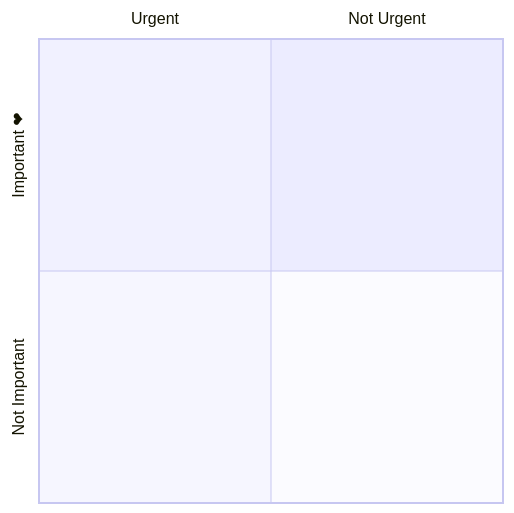
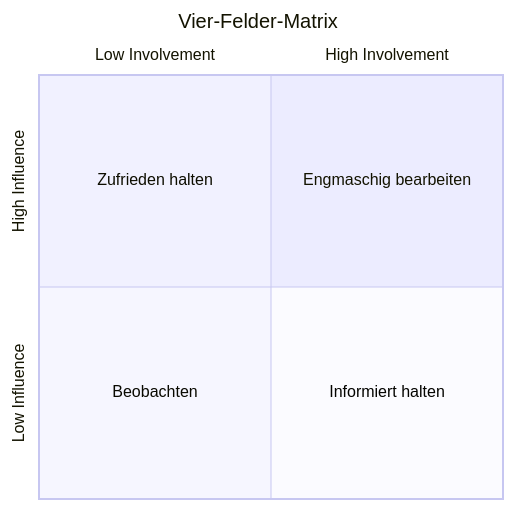
One commit to boddaert/snt changed the diagram in seconde/Réseaux sociaux/Reseaux_sociaux_existants.md. Above: the diagram before and after it, drawn with Mermaid.

````diff
--- a/seconde/Réseaux sociaux/Reseaux_sociaux_existants.md
+++ b/seconde/Réseaux sociaux/Reseaux_sociaux_existants.md
@@ -27,5 +27,10 @@
 ```mermaid
 quadrantChart
-  x-axis Urgent --> Not Urgent
-  y-axis Not Important --> "Important ❤"
+title Vier-Felder-Matrix
+x-axis Low Involvement --> High Involvement
+y-axis Low Influence --> High Influence
+quadrant-1 Engmaschig bearbeiten
+quadrant-2 Zufrieden halten
+quadrant-3 Beobachten
+quadrant-4 Informiert halten
 ```
````
